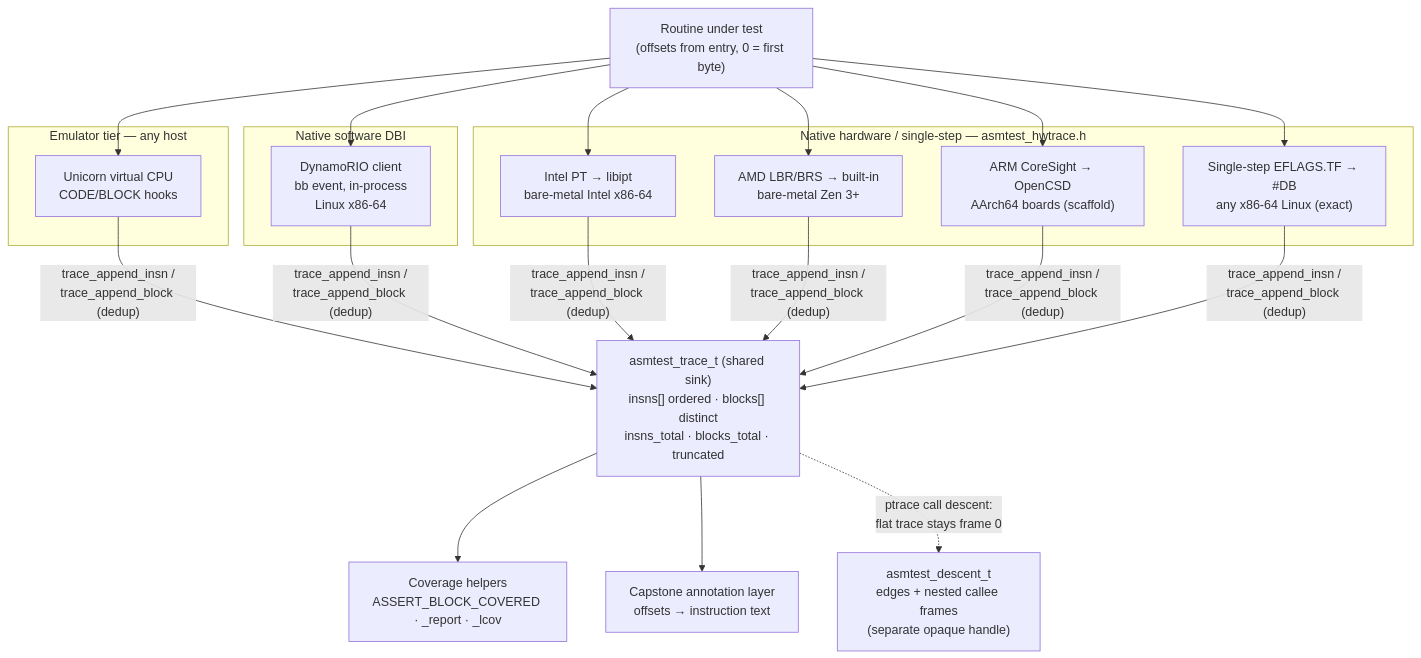
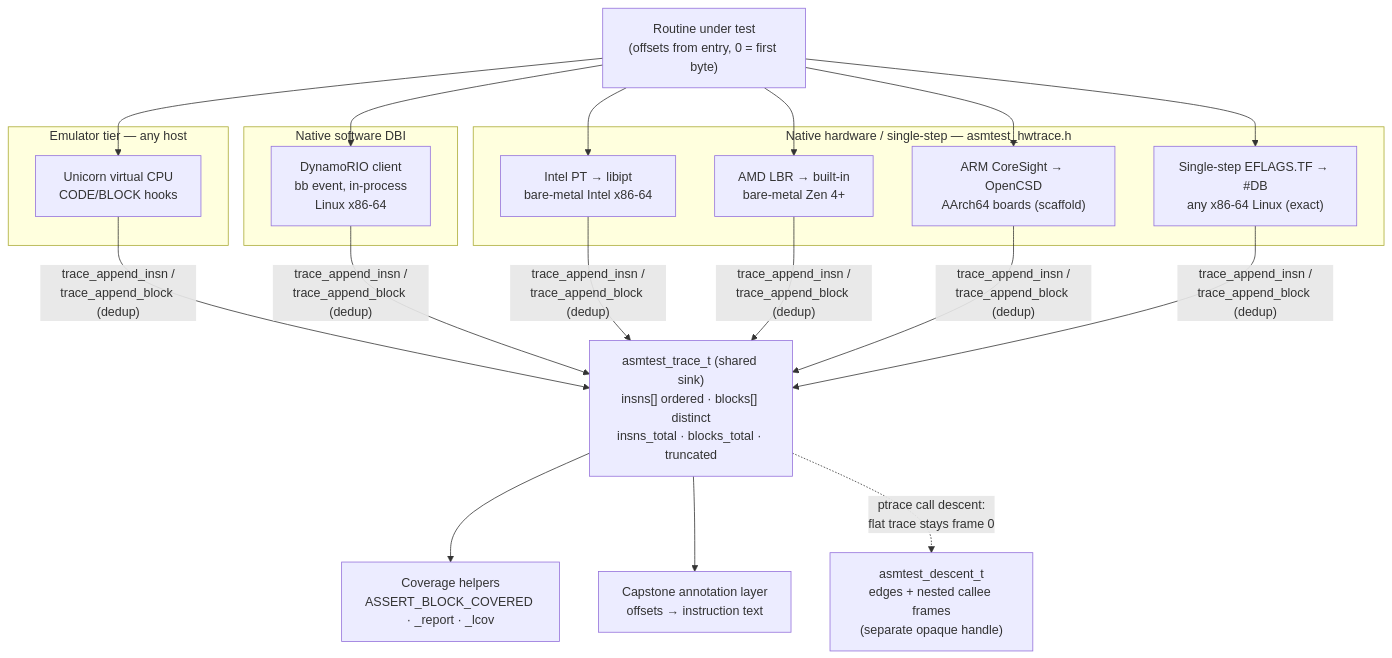
Before and after one commit to wilvk/asm-test: the tenth of 12 diagrams in docs/reference/diagrams.md, drawn with Mermaid. The commit also changed 17 other files, not shown here.

First line of the commit message:
docs: Zen 4 floor in features/diagrams, win64 intro, move 2 internal pages off the public site (2026-07-21 review D1-D3)

````diff
--- a/docs/reference/diagrams.md
+++ b/docs/reference/diagrams.md
@@ -230,22 +230,22 @@
 ```mermaid
 flowchart TB
     RT["Routine under test<br/>(offsets from entry, 0 = first byte)"]
     subgraph Emu["Emulator tier — any host"]
         UC["Unicorn virtual CPU<br/>CODE/BLOCK hooks"]
     end
     subgraph DBI["Native software DBI"]
         DR["DynamoRIO client<br/>bb event, in-process<br/>Linux x86-64"]
     end
     subgraph HW["Native hardware / single-step — asmtest_hwtrace.h"]
         PT["Intel PT → libipt<br/>bare-metal Intel x86-64"]
-        AMD["AMD LBR/BRS → built-in<br/>bare-metal Zen 3+"]
+        AMD["AMD LBR → built-in<br/>bare-metal Zen 4+"]
         CS["ARM CoreSight → OpenCSD<br/>AArch64 boards (scaffold)"]
         SS["Single-step EFLAGS.TF → #DB<br/>any x86-64 Linux (exact)"]
     end
     RT --> UC & DR & PT & AMD & CS & SS
     UC & DR & PT & AMD & CS & SS -->|"trace_append_insn /<br/>trace_append_block (dedup)"| SINK
     SINK["asmtest_trace_t (shared sink)<br/>insns[] ordered · blocks[] distinct<br/>insns_total · blocks_total · truncated"]
     SINK --> COV["Coverage helpers<br/>ASSERT_BLOCK_COVERED · _report · _lcov"]
     SINK --> ANN["Capstone annotation layer<br/>offsets → instruction text"]
     SINK -.->|"ptrace call descent:<br/>flat trace stays frame 0"| DESC["asmtest_descent_t<br/>edges + nested callee frames<br/>(separate opaque handle)"]
 ```
````
